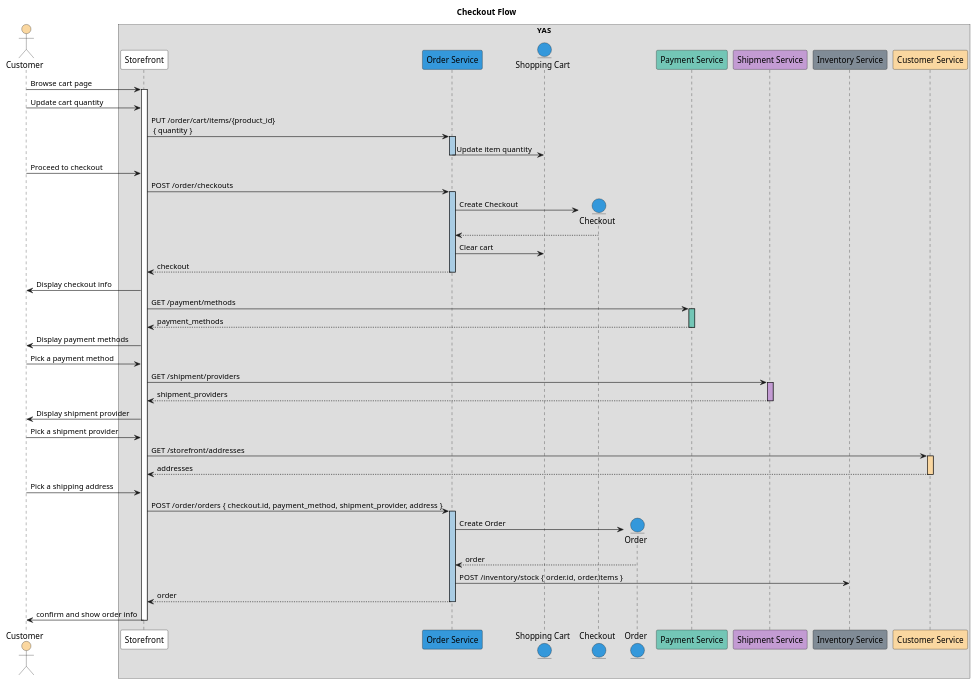
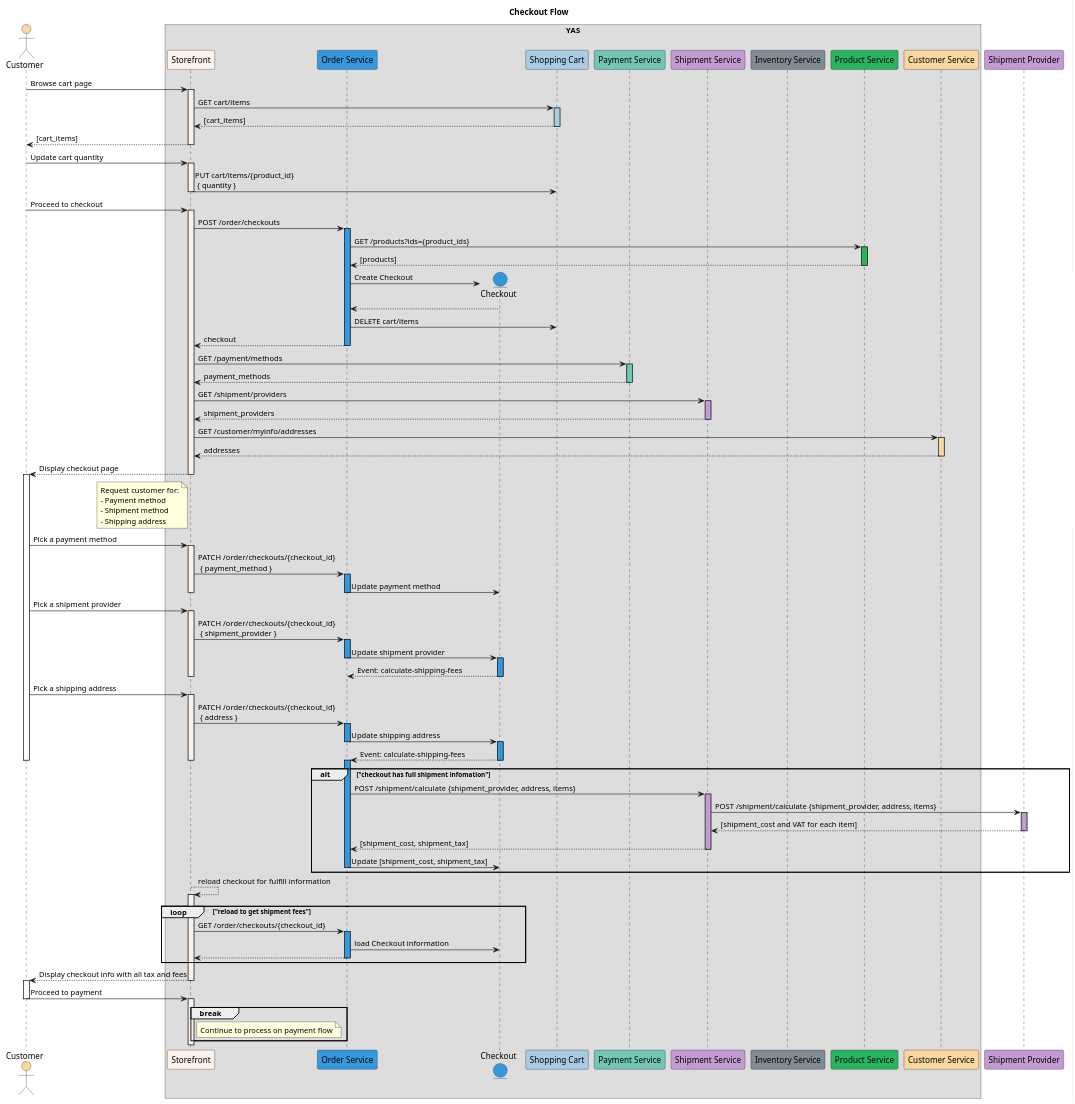
The diagram in docs/design/order-flows/diagrams/checkout.seq.puml (nashtech-garage/yas), drawn with PlantUML before and after one commit. The commit also changed other lines of this file, not shown here.

Commit message:
Update Checkout Process

```diff
--- a/docs/design/order-flows/diagrams/checkout.seq.puml
+++ b/docs/design/order-flows/diagrams/checkout.seq.puml
@@ -1,65 +1,147 @@
 @startuml Checkout Flow
 
 title Checkout Flow
 
 actor Customer as customer #fad7a0
 
-box YAS 
-    participant "Storefront" as storefront #ffffff 
-    participant "Order Service" as order_service #3498db
-    entity "Shopping Cart" as shopping_cart #3498db
+box YAS
+    participant "Storefront" as storefront #fdf2e9        
+    participant "Order Service" as order_service #3498db    
     entity "Checkout" as checkout #3498db
-    entity "Order" as order #3498db
+    participant "Shopping Cart" as shopping_cart #a9cce3
     participant "Payment Service" as payment_service #73c6b6
     participant "Shipment Service" as shipment_service #c39bd3
     participant "Inventory Service" as inventory_service #808b96
+    participant "Product Service" as product_service #28b463 
     participant "Customer Service" as customer_service #fad7a0
 end box 
 
+participant "Shipment Provider" as shipment_provider #c39bd3
+
 customer -> storefront: Browse cart page
-activate storefront #ffffff
+activate storefront #fdf2e9
+  storefront -> shopping_cart: GET cart/items
+  activate shopping_cart #a9cce3
+    shopping_cart --> storefront: [cart_items]
+  deactivate shopping_cart
+  customer <-- storefront: [cart_items]
+deactivate storefront
+
 customer -> storefront: Update cart quantity
-storefront -> order_service: PUT /order/cart/items/{product_id} \n { quantity }
-activate order_service #a9cce3
-  order_service -> shopping_cart: Update item quantity
-deactivate order_service
+activate storefront #fdf2e9
+  storefront -> shopping_cart: PUT cart/items/{product_id} \n { quantity }
+deactivate storefront
 
 customer -> storefront: Proceed to checkout
-storefront -> order_service: POST /order/checkouts
-activate order_service #a9cce3
-  order_service -> checkout **: Create Checkout
-  order_service <-- checkout
-  order_service -> shopping_cart: Clear cart
-  storefront <-- order_service: checkout
-deactivate order_service
-storefront -> customer: Display checkout info
-storefront -> payment_service: GET /payment/methods
-activate payment_service #73c6b6
-  storefront <-- payment_service: payment_methods
-deactivate payment_service
-storefront -> customer: Display payment methods
-customer -> storefront: Pick a payment method
+activate storefront #fdf2e9
+  storefront -> order_service: POST /order/checkouts
+  activate order_service #3498db
+    order_service -> product_service: GET /products?ids={product_ids}
+    activate product_service #28b463 
+      product_service --> order_service: [products]
+    deactivate product_service
+    order_service -> checkout **: Create Checkout
+    order_service <-- checkout
+    order_service -> shopping_cart: DELETE cart/items
+    storefront <-- order_service: checkout
+  deactivate order_service
+  storefront -> payment_service: GET /payment/methods
 
-storefront -> shipment_service: GET /shipment/providers
-activate shipment_service #c39bd3
-  storefront <-- shipment_service: shipment_providers
-deactivate shipment_service
-storefront -> customer: Display shipment provider
-customer -> storefront: Pick a shipment provider
+  'Get payment methods
+  activate payment_service #73c6b6
+    storefront <-- payment_service: payment_methods
+  deactivate payment_service
 
-storefront -> customer_service: GET /storefront/addresses
-activate customer_service #fad7a0
-  storefront <-- customer_service: addresses
-deactivate customer_service
-customer -> storefront: Pick a shipping address
+  'Get shipment providers
+  storefront -> shipment_service: GET /shipment/providers
+  activate shipment_service #c39bd3
+    storefront <-- shipment_service: shipment_providers
+  deactivate shipment_service
 
-storefront -> order_service: POST /order/orders { checkout.id, payment_method, shipment_provider, address } 
-activate order_service #a9cce3
-  order_service -> order **: Create Order
-  order_service <-- order: order
-  order_service -> inventory_service: POST /inventory/stock { order.id, order.items }
-  storefront <-- order_service: order
-deactivate order_service
-storefront -> customer: confirm and show order info
+  'Get customer addresses
+  storefront -> customer_service: GET /customer/myinfo/addresses
+  activate customer_service #fad7a0
+    storefront <-- customer_service: addresses
+  deactivate customer_service
+
+  storefront --> customer: Display checkout page
+  note left of storefront 
+    Request customer for:
+    - Payment method
+    - Shipment method
+    - Shipping address
+  end note
 deactivate storefront
+activate customer
+
+  'Pick a payment method
+  customer -> storefront: Pick a payment method
+  activate storefront #fdf2e9    
+    storefront -> order_service: PATCH /order/checkouts/{checkout_id} \n { payment_method }
+    activate order_service #3498db
+      order_service -> checkout: Update payment method
+    deactivate order_service    
+  deactivate storefront
+
+  'Pick a shipment provider
+  customer -> storefront: Pick a shipment provider
+  activate storefront #fdf2e9
+    storefront -> order_service: PATCH /order/checkouts/{checkout_id} \n { shipment_provider }
+    activate order_service #3498db
+      order_service -> checkout: Update shipment provider
+    deactivate order_service
+    activate checkout #3498db
+      checkout --> order_service: Event: calculate-shipping-fees
+    deactivate checkout 
+  deactivate storefront
+
+  'Pick a shipping address
+  customer -> storefront: Pick a shipping address
+  activate storefront #fdf2e9
+    storefront -> order_service: PATCH /order/checkouts/{checkout_id} \n { address }
+    activate order_service #3498db
+      order_service -> checkout: Update shipping address
+    deactivate order_service
+    activate checkout #3498db
+      checkout --> order_service: Event: calculate-shipping-fees
+    deactivate checkout 
+  deactivate storefront
+deactivate customer
+
+alt "checkout has full shipment infomation"
+  activate order_service #3498db  
+    order_service -> shipment_service: POST /shipment/calculate {shipment_provider, address, items}
+    activate shipment_service #c39bd3
+      shipment_service -> shipment_provider: POST /shipment/calculate {shipment_provider, address, items}
+      activate shipment_provider #c39bd3
+        shipment_service <-- shipment_provider: [shipment_cost and VAT for each item]
+      deactivate shipment_provider
+      order_service <-- shipment_service: [shipment_cost, shipment_tax]
+    deactivate shipment_service
+    order_service -> checkout: Update [shipment_cost, shipment_tax]
+  deactivate order_service
+end 
+
+storefront --> storefront: reload checkout for fulfill information
+activate storefront #fdf2e9
+  loop  "reload to get shipment fees"
+    storefront -> order_service: GET /order/checkouts/{checkout_id}
+    activate order_service #3498db
+      order_service -> checkout: load Checkout information
+      storefront <-- order_service
+    deactivate order_service
+  end
+  storefront --> customer: Display checkout info with all tax and fees
+deactivate storefront
+activate customer
+  customer -> storefront: Proceed to payment
+deactivate customer
+activate storefront #fdf2e9
+  break
+    note right of storefront
+      Continue to process on payment flow
+    end note
+  end 
+deactivate storefront
+
 @enduml
```
